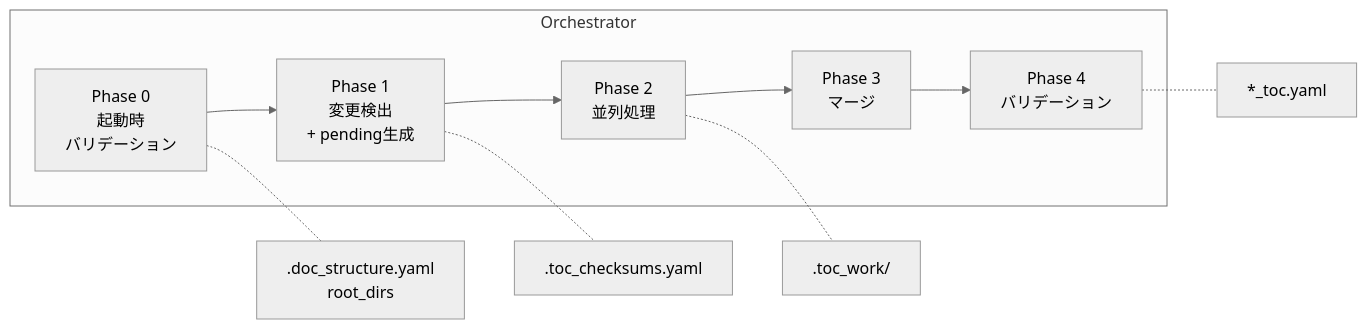
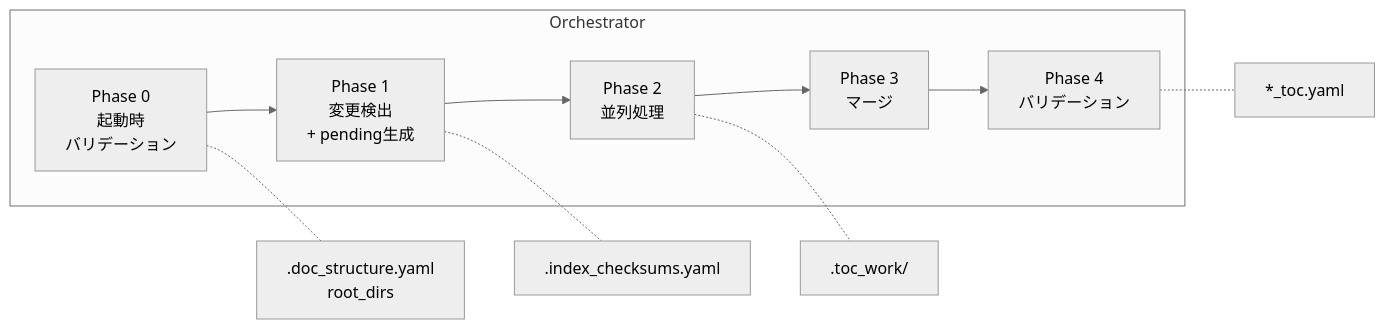
The first of 10 diagrams in docs/specs/doc-advisor/design/DES-005_toc_generation_flow.md (BlueEventHorizon/bw-cc-plugins), drawn with Mermaid (neutral theme) before and after one commit. The commit also changed other lines of this file and 25 other files, not shown here.

Commit message:
rename: .index_checksums.yaml

````diff
--- a/docs/specs/doc-advisor/design/DES-005_toc_generation_flow.md
+++ b/docs/specs/doc-advisor/design/DES-005_toc_generation_flow.md
@@ -34,14 +34,14 @@
 ```mermaid
 flowchart LR
     subgraph Orchestrator
         P0[Phase 0<br>起動時<br>バリデーション] --> P1[Phase 1<br>変更検出<br>+ pending生成]
         P1 --> P2[Phase 2<br>並列処理]
         P2 --> P3[Phase 3<br>マージ]
         P3 --> P4[Phase 4<br>バリデーション]
     end
 
     P0 -.- C[.doc_structure.yaml<br>root_dirs]
-    P1 -.- CS[.toc_checksums.yaml]
+    P1 -.- CS[.index_checksums.yaml]
     P2 -.- W[.toc_work/]
     P4 -.- T[*_toc.yaml]
 ```
````
